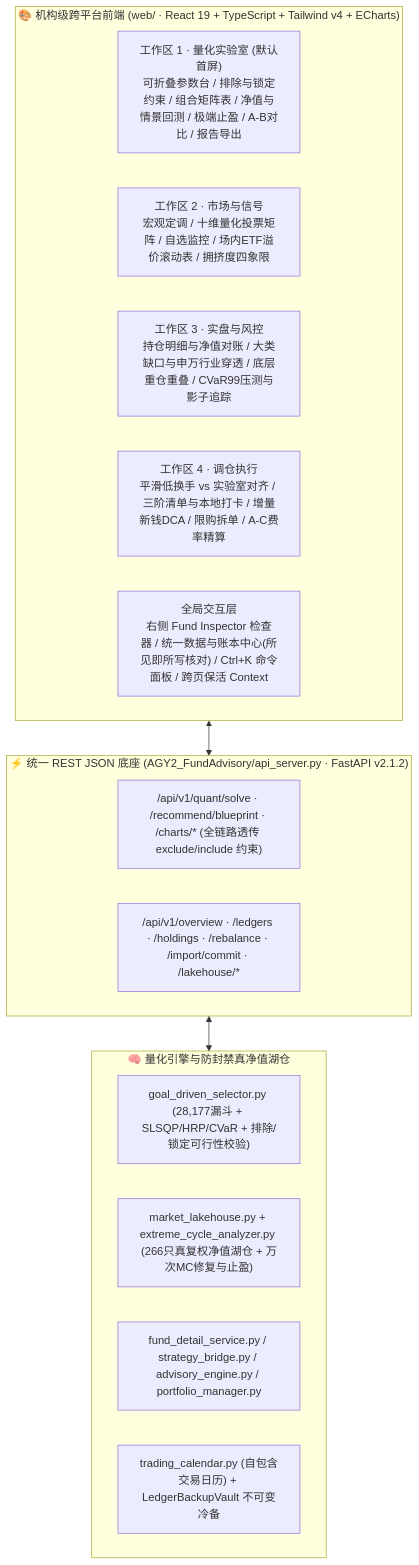
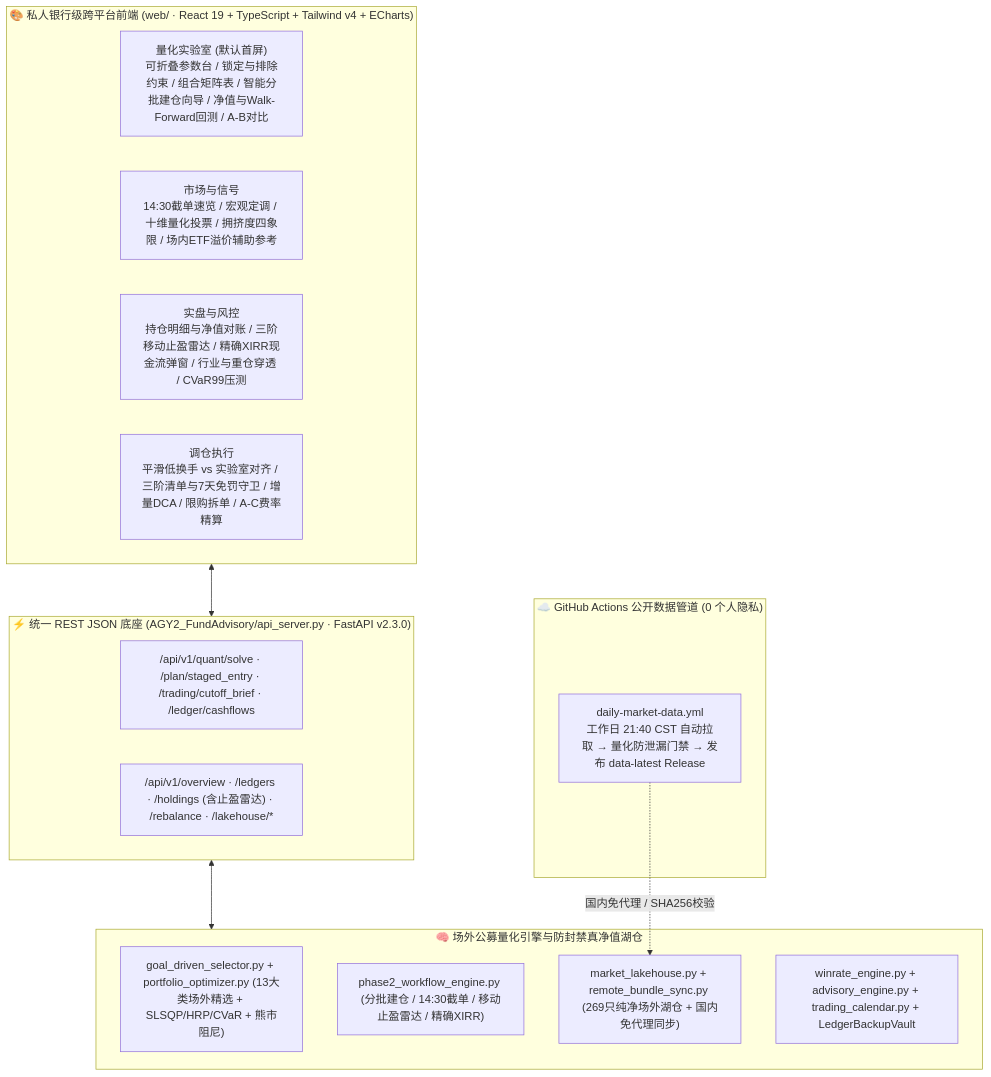
Before and after one commit to deancyl/wind-fund-advisory: the diagram in README.md, drawn with Mermaid. The commit also changed other lines of this file and 3 other files, not shown here.

Commit message:
docs(v2.3.0): update README, README_EN, CHANGELOG and set data-latest --latest=false

````diff
--- a/README.md
+++ b/README.md
@@ -40,25 +42,29 @@
 ```mermaid
 flowchart TD
-    subgraph Client ["🎨 机构级跨平台前端 (web/ · React 19 + TypeScript + Tailwind v4 + ECharts)"]
-        W1["工作区 1 · 量化实验室 (默认首屏)<br/>可折叠参数台 / 排除与锁定约束 / 组合矩阵表 / 净值与情景回测 / 极端止盈 / A-B对比 / 报告导出"]
-        W2["工作区 2 · 市场与信号<br/>宏观定调 / 十维量化投票矩阵 / 自选监控 / 场内ETF溢价滚动表 / 拥挤度四象限"]
-        W3["工作区 3 · 实盘与风控<br/>持仓明细与净值对账 / 大类缺口与申万行业穿透 / 底层重仓重叠 / CVaR99压测与影子追踪"]
-        W4["工作区 4 · 调仓执行<br/>平滑低换手 vs 实验室对齐 / 三阶清单与本地打卡 / 增量新钱DCA / 限购拆单 / A-C费率精算"]
-        OV["全局交互层<br/>右侧 Fund Inspector 检查器 / 统一数据与账本中心(所见即所写核对) / Ctrl+K 命令面板 / 跨页保活 Context"]
+    subgraph Cloud ["☁️ GitHub Actions 公开数据管道 (0 个人隐私)"]
+        GH["daily-market-data.yml<br/>工作日 21:40 CST 自动拉取 → 量化防泄漏门禁 → 发布 data-latest Release"]
     end
 
-    subgraph API ["⚡ 统一 REST JSON 底座 (AGY2_FundAdvisory/api_server.py · FastAPI v2.1.2)"]
-        R1["/api/v1/quant/solve · /recommend/blueprint · /charts/* (全链路透传 exclude/include 约束)"]
-        R2["/api/v1/overview · /ledgers · /holdings · /rebalance · /import/commit · /lakehouse/*"]
+    subgraph Client ["🎨 私人银行级跨平台前端 (web/ · React 19 + TypeScript + Tailwind v4 + ECharts)"]
+        W1["量化实验室 (默认首屏)<br/>可折叠参数台 / 锁定与排除约束 / 组合矩阵表 / 智能分批建仓向导 / 净值与Walk-Forward回测 / A-B对比"]
+        W2["市场与信号<br/>14:30截单速览 / 宏观定调 / 十维量化投票 / 拥挤度四象限 / 场内ETF溢价辅助参考"]
+        W3["实盘与风控<br/>持仓明细与净值对账 / 三阶移动止盈雷达 / 精确XIRR现金流弹窗 / 行业与重仓穿透 / CVaR99压测"]
+        W4["调仓执行<br/>平滑低换手 vs 实验室对齐 / 三阶清单与7天免罚守卫 / 增量DCA / 限购拆单 / A-C费率精算"]
     end
 
-    subgraph Engine ["🧠 量化引擎与防封禁真净值湖仓"]
-        E1["goal_driven_selector.py (28,177漏斗 + SLSQP/HRP/CVaR + 排除/锁定可行性校验)"]
-        E2["market_lakehouse.py + extreme_cycle_analyzer.py (266只真复权净值湖仓 + 万次MC修复与止盈)"]
-        E3["fund_detail_service.py / strategy_bridge.py / advisory_engine.py / portfolio_manager.py"]
-        E4["trading_calendar.py (自包含交易日历) + LedgerBackupVault 不可变冷备"]
+    subgraph API ["⚡ 统一 REST JSON 底座 (AGY2_FundAdvisory/api_server.py · FastAPI v2.3.0)"]
+        R1["/api/v1/quant/solve · /plan/staged_entry · /trading/cutoff_brief · /ledger/cashflows"]
+        R2["/api/v1/overview · /ledgers · /holdings (含止盈雷达) · /rebalance · /lakehouse/*"]
     end
 
+    subgraph Engine ["🧠 场外公募量化引擎与防封禁真净值湖仓"]
+        E1["goal_driven_selector.py + portfolio_optimizer.py (13大类场外精选 + SLSQP/HRP/CVaR + 熊市阻尼)"]
+        E2["phase2_workflow_engine.py (分批建仓 / 14:30截单 / 移动止盈雷达 / 精确XIRR)"]
+        E3["market_lakehouse.py + remote_bundle_sync.py (269只纯净场外湖仓 + 国内免代理同步)"]
+        E4["winrate_engine.py + advisory_engine.py + trading_calendar.py + LedgerBackupVault"]
+    end
+
+    GH -. "国内免代理 / SHA256校验" .-> E3
     Client <--> API
     API <--> Engine
 ```
````
